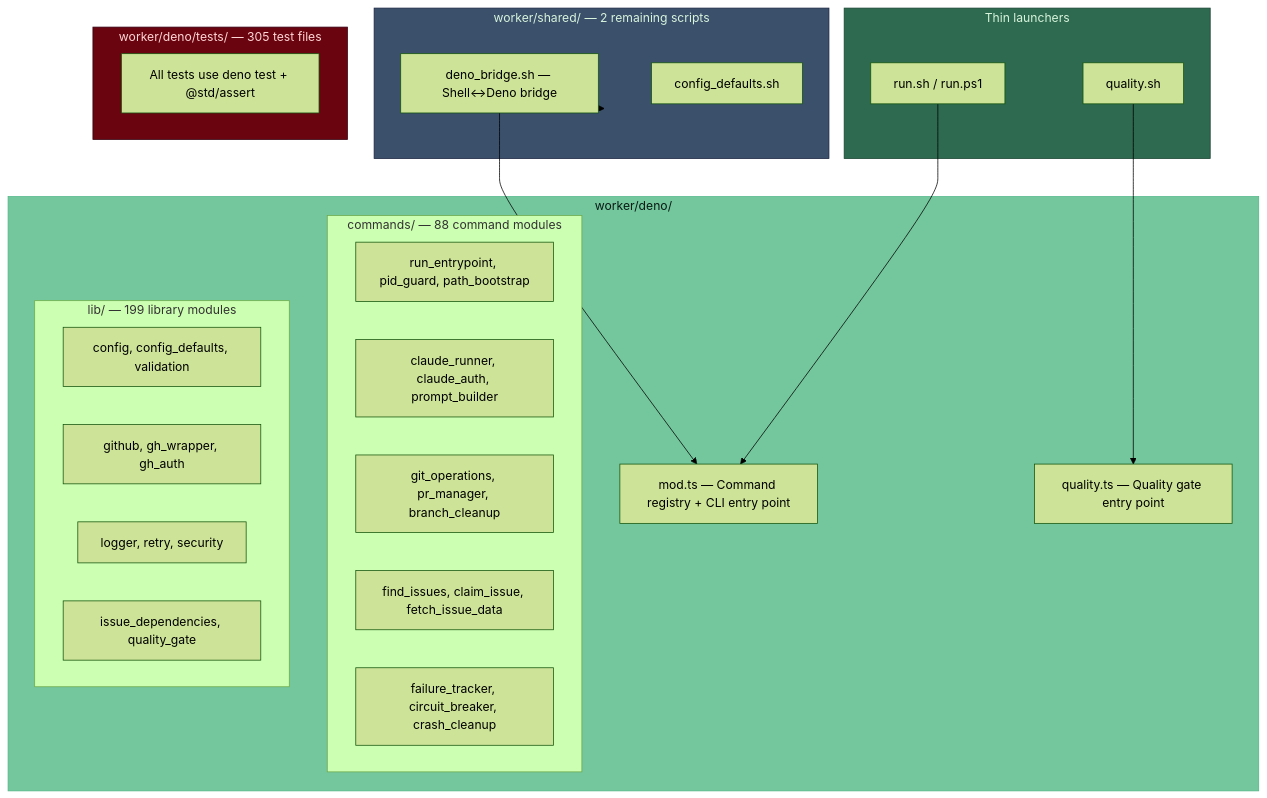
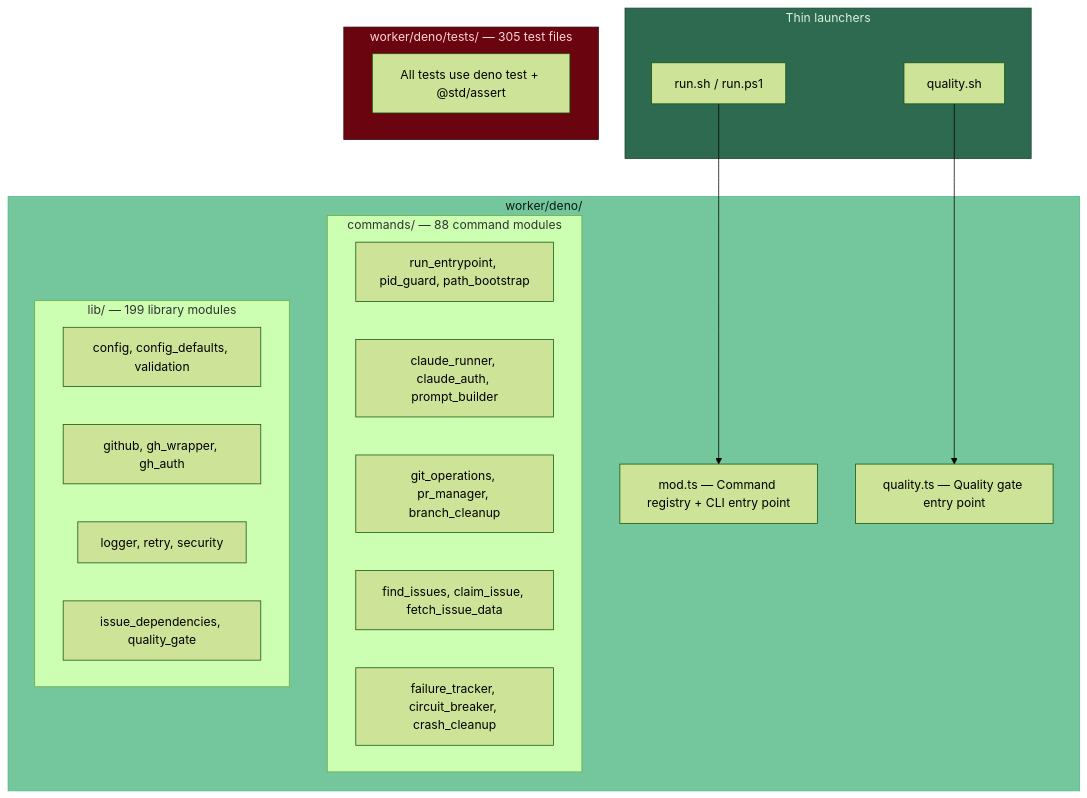
One commit to stSoftwareAU/VibeCoder changed the first of 14 diagrams in docs/INTERNALS.md. Above: the diagram before and after it, drawn with Mermaid (forest theme). The commit also changed other lines of this file and 59 other files, not shown here.

````diff
--- a/docs/INTERNALS.md
+++ b/docs/INTERNALS.md
@@ -47,43 +47,36 @@
 ```mermaid
 graph TD
     subgraph Launchers["Thin launchers"]
         runsh["run.sh / run.ps1"]
         qualsh["quality.sh"]
     end
 
     subgraph DenoWorker["worker/deno/"]
         mod["mod.ts — Command registry + CLI entry point"]
         qualts["quality.ts — Quality gate entry point"]
         subgraph Commands["commands/ — 88 command modules"]
             cmd1["run_entrypoint, pid_guard, path_bootstrap"]
             cmd2["claude_runner, claude_auth, prompt_builder"]
             cmd3["git_operations, pr_manager, branch_cleanup"]
             cmd4["find_issues, claim_issue, fetch_issue_data"]
             cmd5["failure_tracker, circuit_breaker, crash_cleanup"]
         end
         subgraph Libs["lib/ — 199 library modules"]
             lib1["config, config_defaults, validation"]
             lib2["github, gh_wrapper, gh_auth"]
             lib3["logger, retry, security"]
             lib4["issue_dependencies, quality_gate"]
         end
     end
 
-    subgraph Shell["worker/shared/ — 2 remaining scripts"]
-        bridge["deno_bridge.sh — Shell↔Deno bridge"]
-        configdef["config_defaults.sh"]
-    end
-
     subgraph Tests["worker/deno/tests/ — 305 test files"]
         tests["All tests use deno test + @std/assert"]
     end
 
     runsh --> mod
     qualsh --> qualts
-    Shell --> bridge --> mod
 
     style Launchers fill:#2d6a4f,stroke:#1b4332,color:#d8f3dc
     style DenoWorker fill:#74c69d,stroke:#52b788,color:#081c15
-    style Shell fill:#3a506b,stroke:#1c2541,color:#d8f3dc
     style Tests fill:#6a040f,stroke:#370617,color:#ffd6d6
 ```
````
